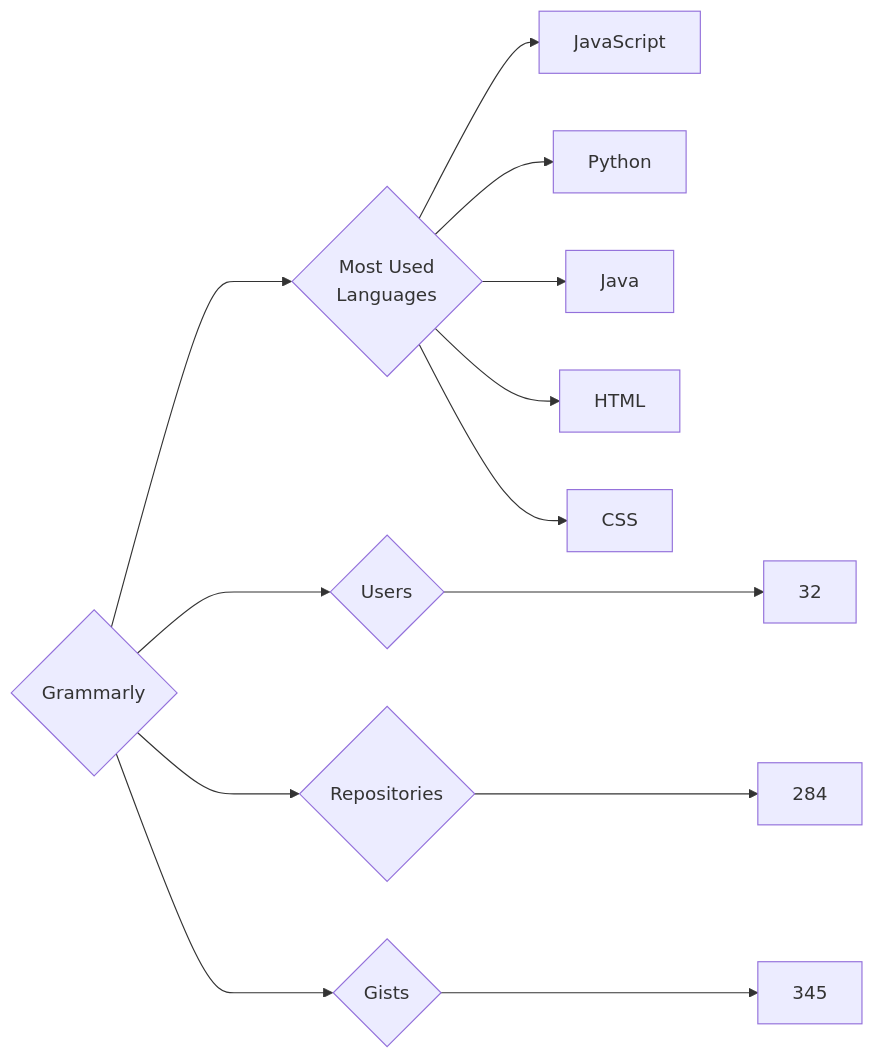
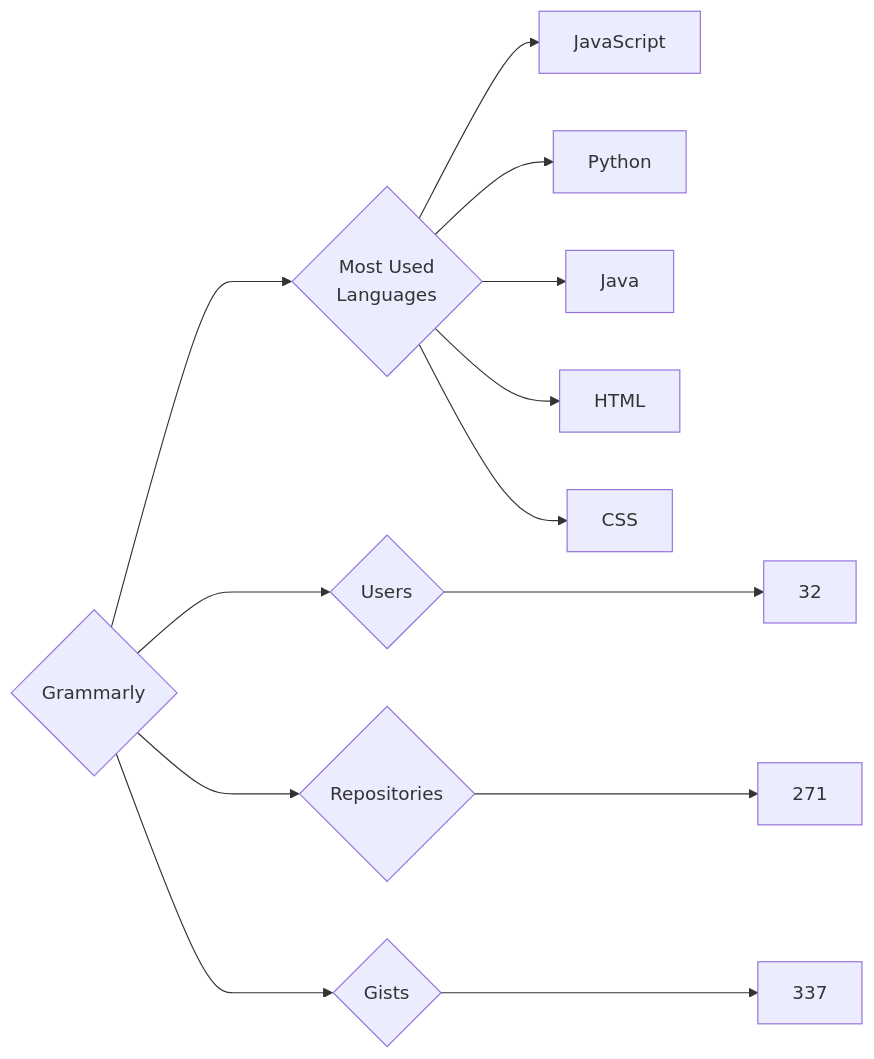
Before and after one commit to trickest/insiders: the diagram in targets/Grammarly/README.md, drawn with Mermaid. The commit also changed 1084 other files, not shown here.

````diff
--- a/targets/Grammarly/README.md
+++ b/targets/Grammarly/README.md
@@ -3,13 +3,13 @@
 ```mermaid
 graph LR
 COMPANY_NAME{Grammarly}
 COMPANY_NAME ---> U{Users} ---> UN[32]
-COMPANY_NAME ---> R{Repositories} ---> RN[284]
-COMPANY_NAME ---> G{Gists} ---> GN[345]
+COMPANY_NAME ---> R{Repositories} ---> RN[271]
+COMPANY_NAME ---> G{Gists} ---> GN[337]
 COMPANY_NAME ---> ML{Most Used<br>Languages}
 ML --> JavaScript[JavaScript]
 ML --> Python[Python]
 ML --> Java[Java]
 ML --> HTML[HTML]
 ML --> CSS[CSS]
 ```
````
